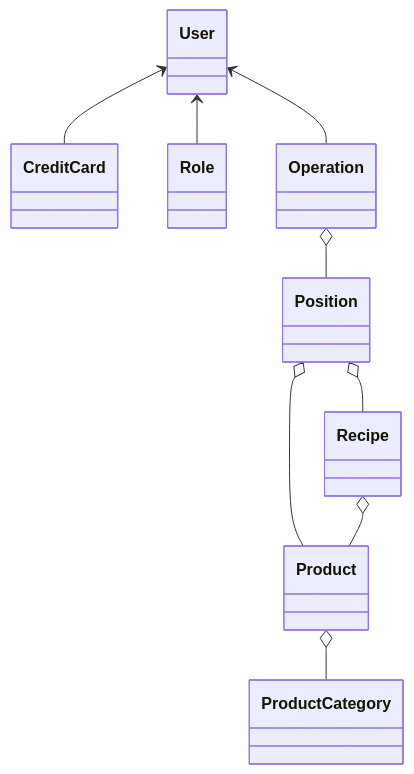
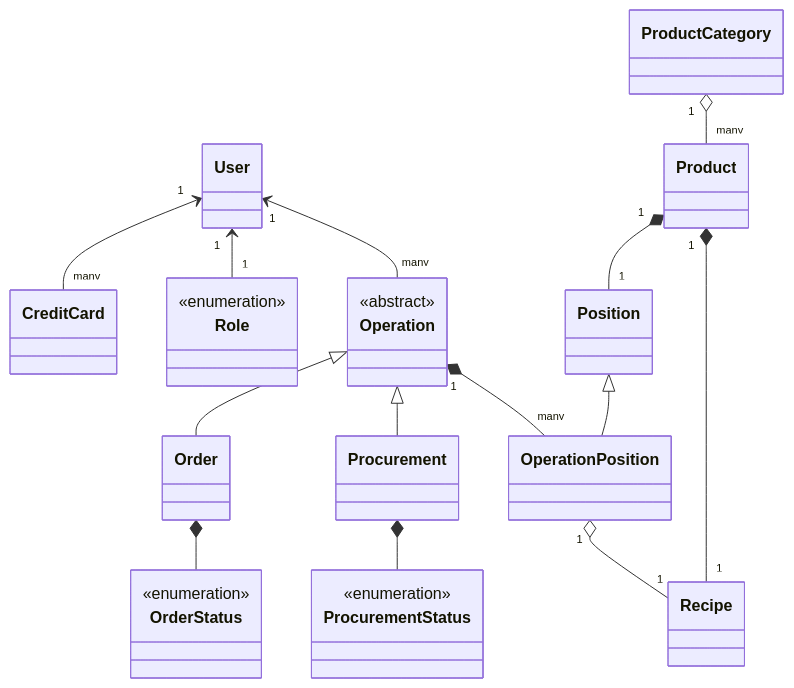
One commit to andreiyusupau/online-pharmacy changed the diagram in README.md. Above: the diagram before and after it, drawn with Mermaid. The commit also changed other lines of this file, not shown here.

````diff
--- a/README.md
+++ b/README.md
@@ -1,30 +9,50 @@
 ```mermaid
 classDiagram
-User <-- CreditCard
-User <-- Role
-User <-- Operation
-Operation o-- Position
-Position o-- Product
-Position o-- Recipe
-Recipe o--Product
-Product o-- ProductCategory
+User "1" <-- "many" CreditCard
+User "1" <-- "1" Role
+User "1" <-- "many" Operation
+Operation <|-- Order
+Operation <|-- Procurement
+Position <|-- OperationPosition
+Operation "1" *-- "many" OperationPosition
+Product "1" *-- "1" Position
+OperationPosition "1" o-- "1" Recipe
+Product "1" *-- "1" Recipe
+ProductCategory "1" o-- "many" Product
+Procurement *-- ProcurementStatus
+Order *-- OrderStatus
 
   class User{
 
   }
   class CreditCard{
   }
   class Role{
+    <<enumeration>>
   }
   class Operation{
+  <<abstract>>
+  }
+  class Order{
+  }
+  class OrderStatus{
+      <<enumeration>>
+  }
+  class Procurement{
+  }
+   class ProcurementStatus{
+      <<enumeration>>
   }
   class Position{
+  }
+  class OperationPosition{
   }
   class Recipe{
   }
   class Product{
   }
   class ProductCategory{
   }
+
             
 ```
````
